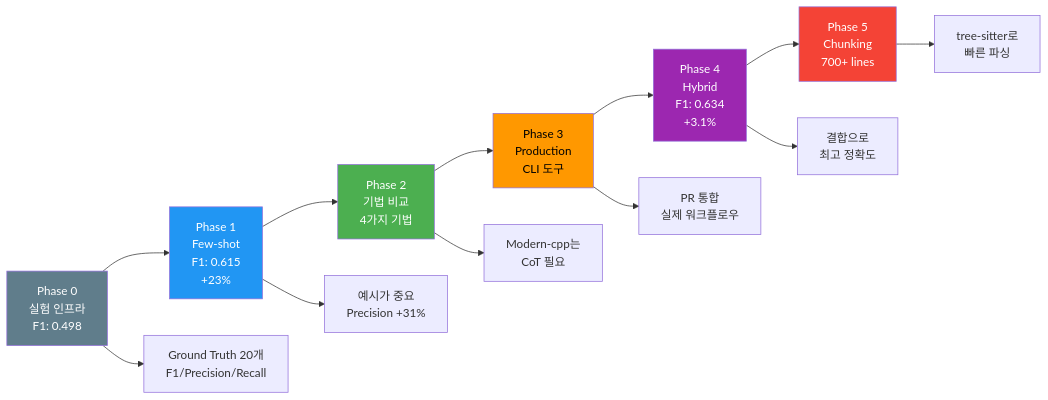
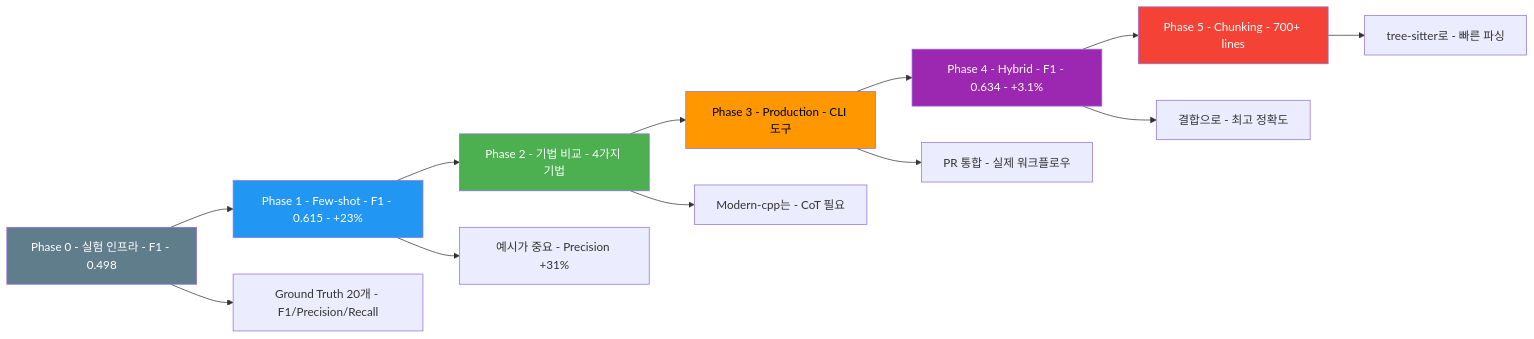
One commit to ApeachM/llm-code-reviewer changed diagram 20 of 39 in PRESENTATION.md. Above: the diagram before and after it, drawn with Mermaid. The commit also changed other lines of this file, not shown here.

First line of the commit message:
fix: Replace special characters in Mermaid node labels for compatibility

````diff
--- a/PRESENTATION.md
+++ b/PRESENTATION.md
@@ -1012,26 +1013,26 @@
 ```mermaid
 graph LR
-    Phase0[Phase 0<br/>실험 인프라<br/>F1: 0.498] --> Phase1[Phase 1<br/>Few-shot<br/>F1: 0.615<br/>+23%]
+    Phase0[Phase 0 - 실험 인프라 - F1 - 0.498] --> Phase1[Phase 1 - Few-shot - F1 - 0.615 - +23%]
 
-    Phase1 --> Phase2[Phase 2<br/>기법 비교<br/>4가지 기법]
+    Phase1 --> Phase2[Phase 2 - 기법 비교 - 4가지 기법]
 
-    Phase2 --> Phase3[Phase 3<br/>Production<br/>CLI 도구]
+    Phase2 --> Phase3[Phase 3 - Production - CLI 도구]
 
-    Phase3 --> Phase4[Phase 4<br/>Hybrid<br/>F1: 0.634<br/>+3.1%]
+    Phase3 --> Phase4[Phase 4 - Hybrid - F1 - 0.634 - +3.1%]
 
-    Phase4 --> Phase5[Phase 5<br/>Chunking<br/>700+ lines]
+    Phase4 --> Phase5[Phase 5 - Chunking - 700+ lines]
 
-    Phase0 --> Insight0[Ground Truth 20개<br/>F1/Precision/Recall]
-    Phase1 --> Insight1[예시가 중요<br/>Precision +31%]
-    Phase2 --> Insight2[Modern-cpp는<br/>CoT 필요]
-    Phase3 --> Insight3[PR 통합<br/>실제 워크플로우]
-    Phase4 --> Insight4[결합으로<br/>최고 정확도]
-    Phase5 --> Insight5[tree-sitter로<br/>빠른 파싱]
+    Phase0 --> Insight0[Ground Truth 20개 - F1/Precision/Recall]
+    Phase1 --> Insight1[예시가 중요 - Precision +31%]
+    Phase2 --> Insight2[Modern-cpp는 - CoT 필요]
+    Phase3 --> Insight3[PR 통합 - 실제 워크플로우]
+    Phase4 --> Insight4[결합으로 - 최고 정확도]
+    Phase5 --> Insight5[tree-sitter로 - 빠른 파싱]
 
     style Phase0 fill:#607d8b,color:#fff
     style Phase1 fill:#2196f3,color:#fff
     style Phase2 fill:#4caf50,color:#fff
     style Phase3 fill:#ff9800,color:#000
     style Phase4 fill:#9c27b0,color:#fff
     style Phase5 fill:#f44336,color:#fff
 ```
````
